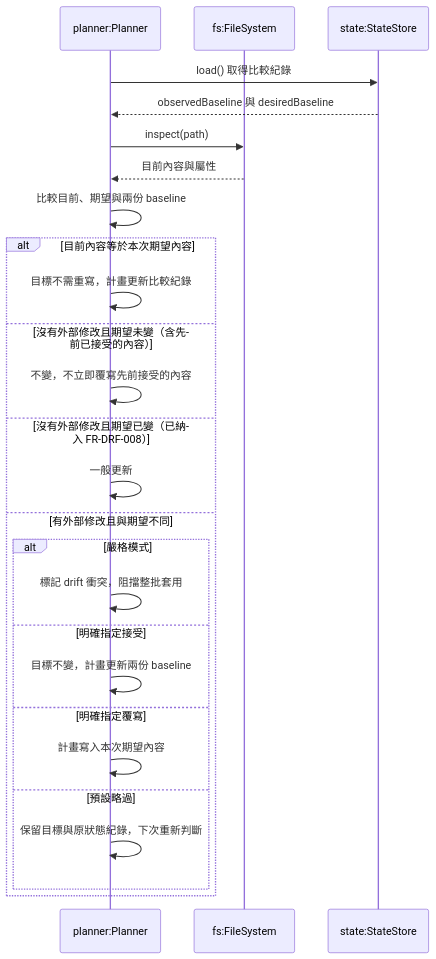
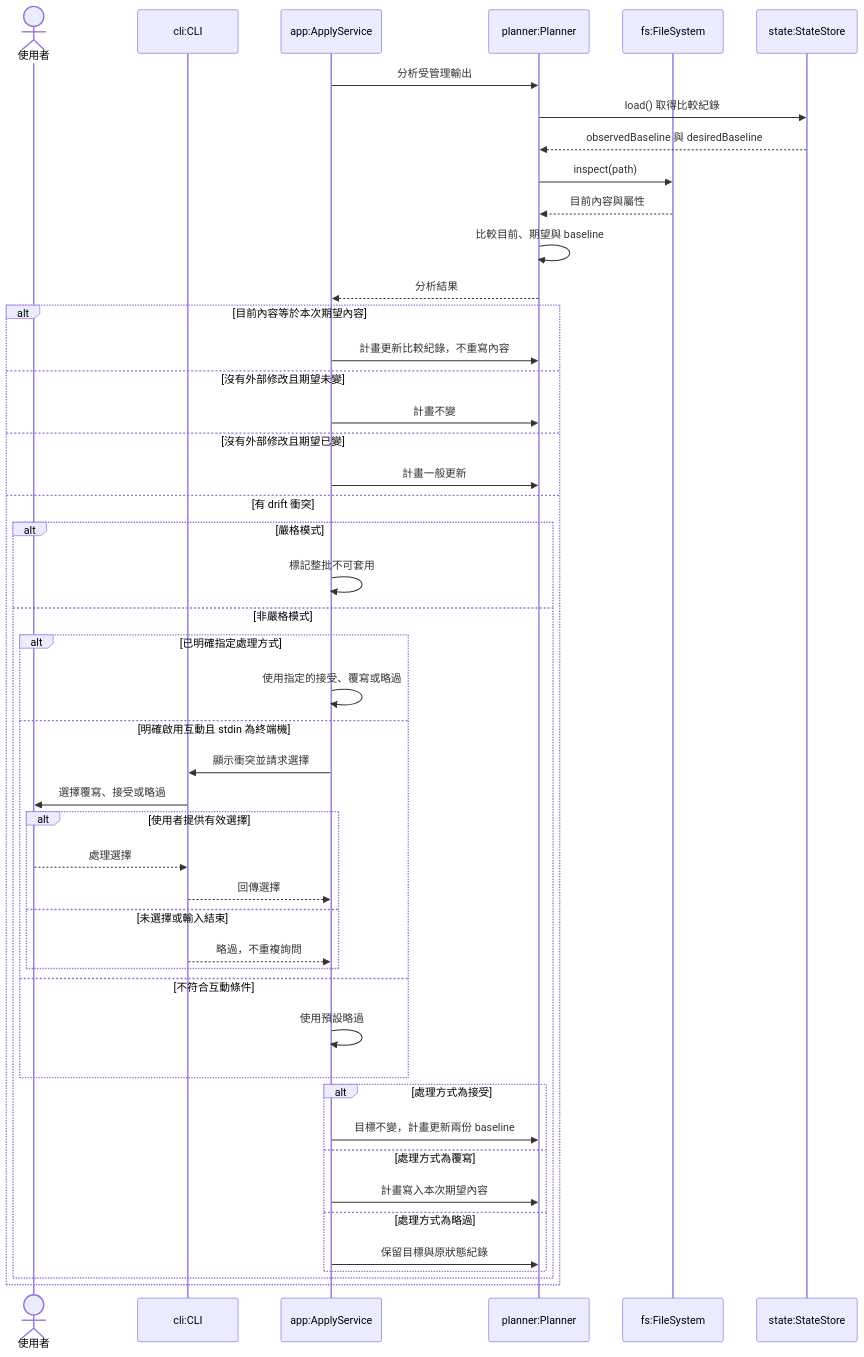
The seventh of 10 diagrams in docs/03-preliminary-design/uml.md (accidental-two-timer-sam-woof/rosamta-waterfall), drawn with Mermaid before and after one commit. The commit also changed other lines of this file, not shown here.

Commit message:
docs: add interactive drift handling to S3

````diff
--- a/docs/03-preliminary-design/uml.md
+++ b/docs/03-preliminary-design/uml.md
@@ -449,28 +449,52 @@
 ```mermaid
 sequenceDiagram
+    actor U as 使用者
+    participant C as cli:CLI
+    participant A as app:ApplyService
     participant P as planner:Planner
     participant F as fs:FileSystem
     participant S as state:StateStore
+
+    A->>P: 分析受管理輸出
     P->>S: load() 取得比較紀錄
     S-->>P: observedBaseline 與 desiredBaseline
     P->>F: inspect(path)
     F-->>P: 目前內容與屬性
-    P->>P: 比較目前、期望與兩份 baseline
+    P->>P: 比較目前、期望與 baseline
+    P-->>A: 分析結果
+
     alt 目前內容等於本次期望內容
-        P->>P: 目標不需重寫，計畫更新比較紀錄
-    else 沒有外部修改且期望未變（含先前已接受的內容）
-        P->>P: 不變，不立即覆寫先前接受的內容
-    else 沒有外部修改且期望已變（已納入 FR-DRF-008）
-        P->>P: 一般更新
-    else 有外部修改且與期望不同
+        A->>P: 計畫更新比較紀錄，不重寫內容
+    else 沒有外部修改且期望未變
+        A->>P: 計畫不變
+    else 沒有外部修改且期望已變
+        A->>P: 計畫一般更新
+    else 有 drift 衝突
         alt 嚴格模式
-            P->>P: 標記 drift 衝突，阻擋整批套用
-        else 明確指定接受
-            P->>P: 目標不變，計畫更新兩份 baseline
-        else 明確指定覆寫
-            P->>P: 計畫寫入本次期望內容
-        else 預設略過
-            P->>P: 保留目標與原狀態紀錄，下次重新判斷
+            A->>A: 標記整批不可套用
+        else 非嚴格模式
+            alt 已明確指定處理方式
+                A->>A: 使用指定的接受、覆寫或略過
+            else 明確啟用互動且 stdin 為終端機
+                A->>C: 顯示衝突並請求選擇
+                C->>U: 選擇覆寫、接受或略過
+                alt 使用者提供有效選擇
+                    U-->>C: 處理選擇
+                    C-->>A: 回傳選擇
+                else 未選擇或輸入結束
+                    C-->>A: 略過，不重複詢問
+                end
+            else 不符合互動條件
+                A->>A: 使用預設略過
+            end
+
+            alt 處理方式為接受
+                A->>P: 目標不變，計畫更新兩份 baseline
+            else 處理方式為覆寫
+                A->>P: 計畫寫入本次期望內容
+            else 處理方式為略過
+                A->>P: 保留目標與原狀態紀錄
+            end
         end
     end
 ```
````
